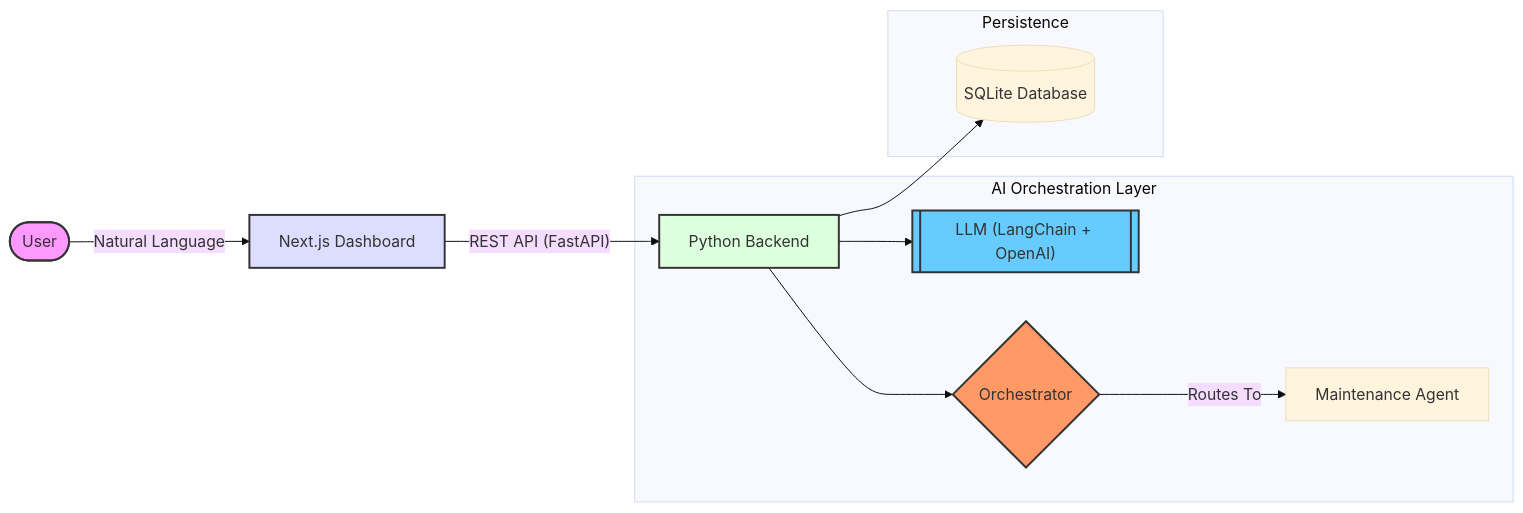
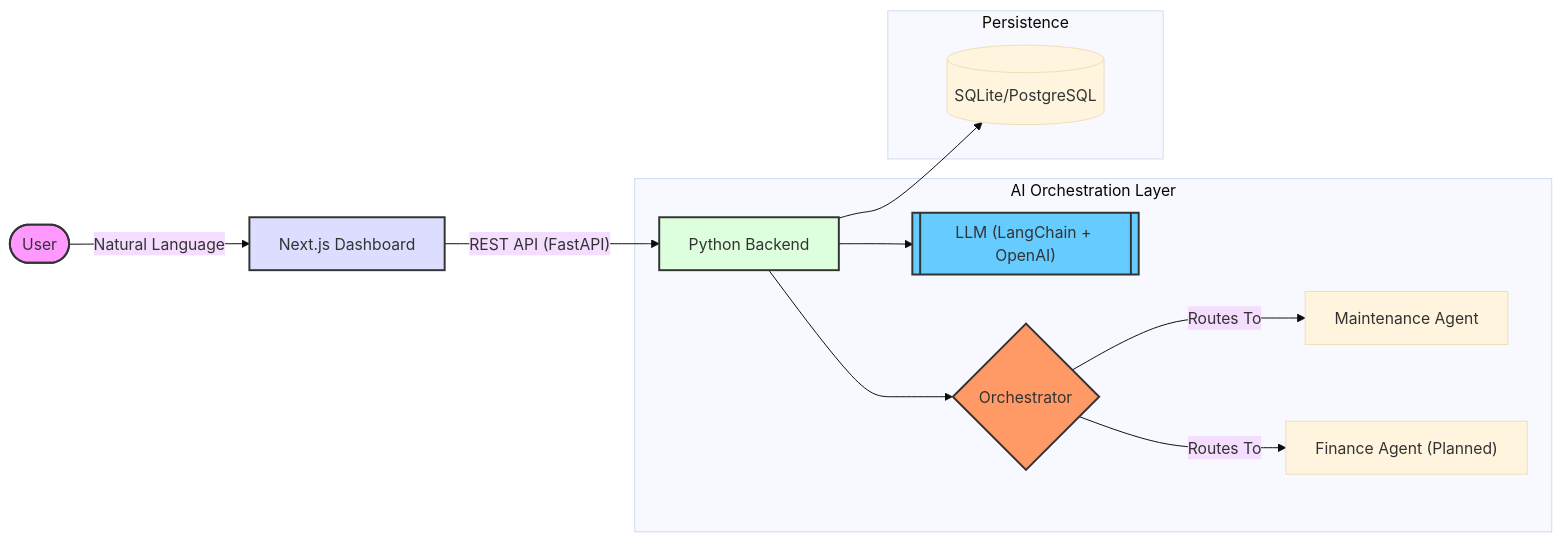
The diagram in README.md (Charansaiputta13/AI-prop-tech), drawn with Mermaid (base theme) before and after one commit. The commit also changed other lines of this file, not shown here.

````diff
--- a/README.md
+++ b/README.md
@@ -26,21 +56,22 @@
 ```mermaid
 graph LR
     User([User]) -- "Natural Language" --> FE["Next.js Dashboard"]
     FE -- "REST API (FastAPI)" --> BE["Python Backend"]
     
     subgraph "AI Orchestration Layer"
         BE --> LLM[["LLM (LangChain + OpenAI)"]]
         BE --> Orch{Orchestrator}
         Orch -- "Routes To" --> MA["Maintenance Agent"]
+        Orch -- "Routes To" --> FA["Finance Agent (Planned)"]
     end
     
     subgraph "Persistence"
-        BE --> DB[(SQLite Database)]
+        BE --> DB[(SQLite/PostgreSQL)]
     end
 
     style User fill:#f9f,stroke:#333,stroke-width:2px
     style LLM fill:#6cf,stroke:#333,stroke-width:2px
     style Orch fill:#f96,stroke:#333,stroke-width:2px
     style BE fill:#dfd,stroke:#333,stroke-width:2px
     style FE fill:#ddf,stroke:#333,stroke-width:2px
 ```
````
